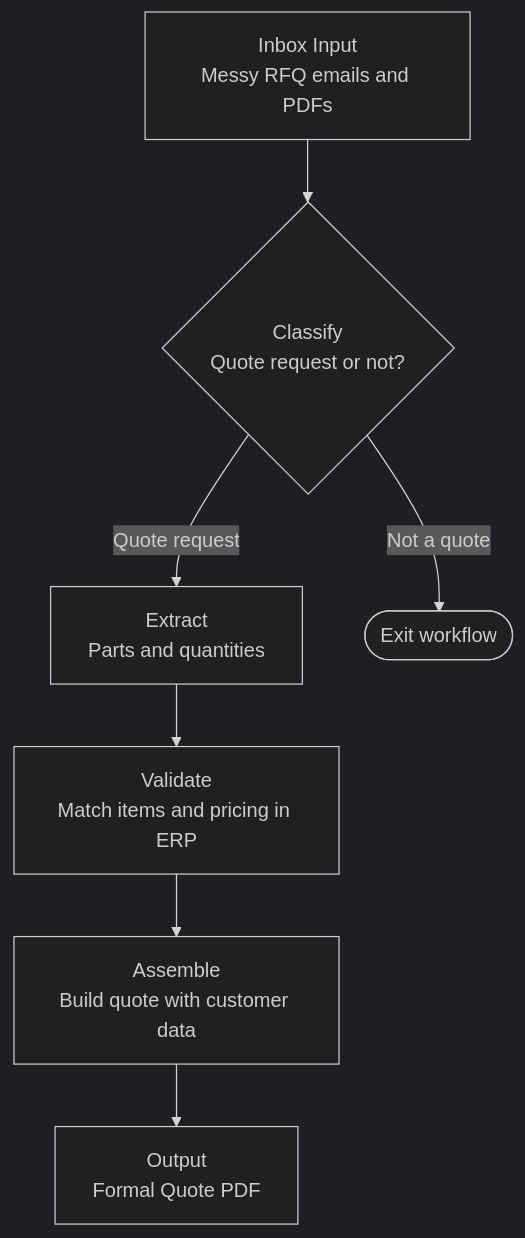
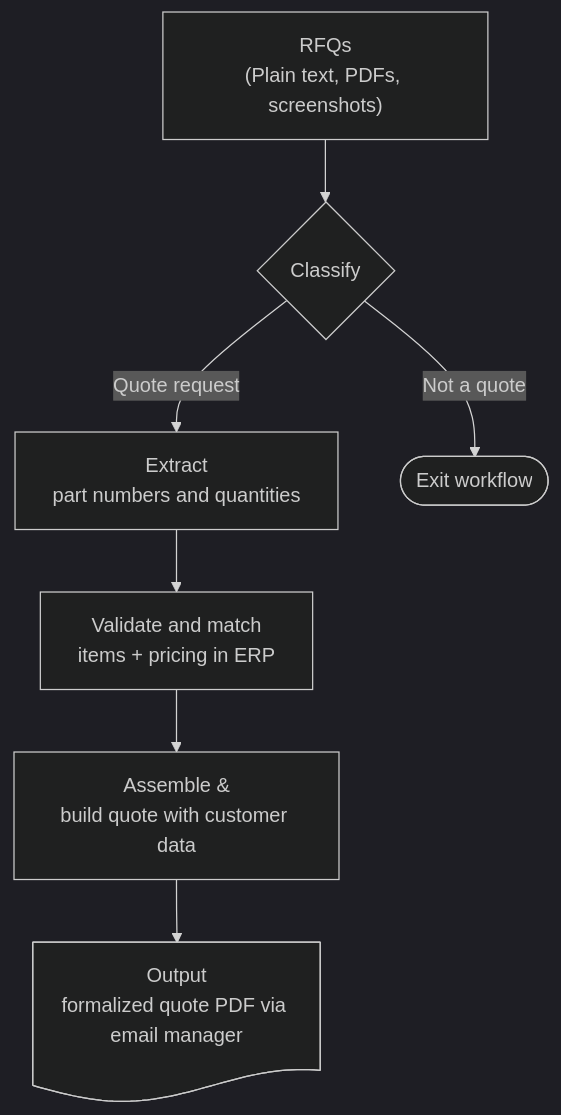
One commit to justinkahrs/senna-automation changed the diagram in src/content/blog/quote-automation.md. Above: the diagram before and after it, drawn with Mermaid (dark theme). The commit also changed 7 other files, not shown here.

````diff
--- a/src/content/blog/quote-automation.md
+++ b/src/content/blog/quote-automation.md
@@ -39,10 +39,10 @@
 ```mermaid
 flowchart TD
-    A["Inbox Input<br/>Messy RFQ emails and PDFs"] --> B{"Classify<br/>Quote request or not?"}
-    B -->|Quote request| C["Extract<br/>Parts and quantities"]
+    A["RFQs<br/>(Plain text, PDFs, screenshots)"] --> B{"Classify"}
+    B -->|Quote request| C["Extract<br/>part numbers and quantities"]
     B -->|Not a quote| X([Exit workflow])
 
-    C --> D["Validate<br/>Match items and pricing in ERP"]
-    D --> E["Assemble<br/>Build quote with customer data"]
-    E --> F["Output<br/>Formal Quote PDF"]
+    C --> D["Validate and match<br/>items + pricing in ERP"]
+    D --> E["Assemble &<br/>build quote with customer data"]
+    E --> F@{ shape: doc, label: "Output<br/>formalized quote PDF via email manager" }
 ```
````
